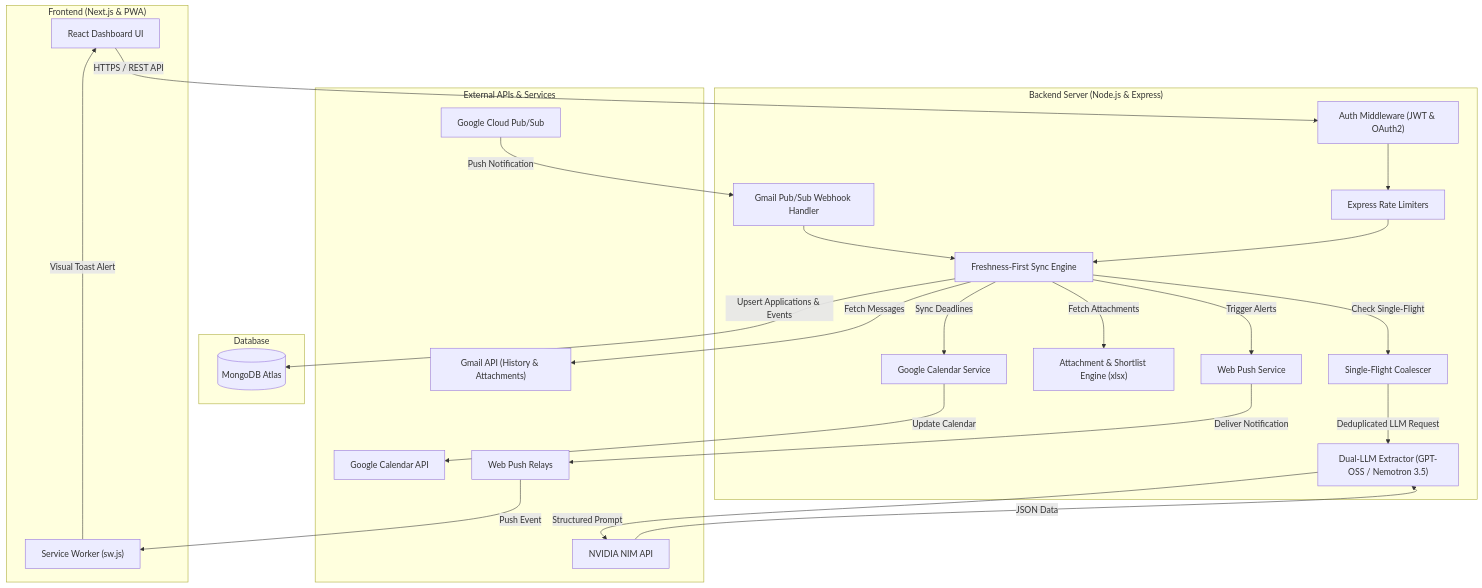
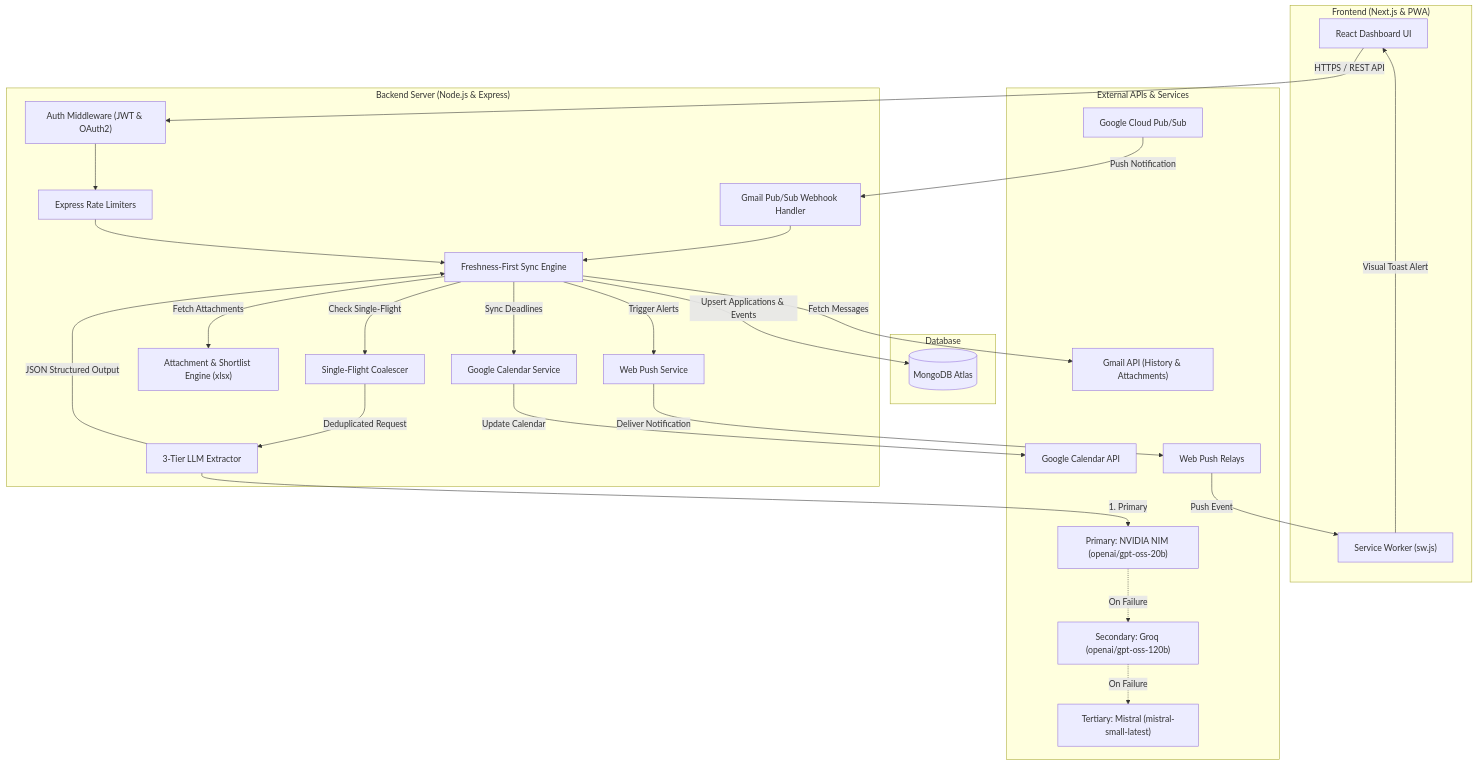
Before and after one commit to tejasholla23/email-tracker: the diagram in README.md, drawn with Mermaid. The commit also changed other lines of this file and 1 other file, not shown here.

````diff
--- a/README.md
+++ b/README.md
@@ -81,50 +82,54 @@
 ```mermaid
 flowchart TD
     subgraph Client["Frontend (Next.js & PWA)"]
         UI["React Dashboard UI"]
         SW["Service Worker (sw.js)"]
     end
 
     subgraph Server["Backend Server (Node.js & Express)"]
         AUTH["Auth Middleware (JWT & OAuth2)"]
         LIMIT["Express Rate Limiters"]
         PUBSUB["Gmail Pub/Sub Webhook Handler"]
         SYNC["Freshness-First Sync Engine"]
         SINGLEFLIGHT["Single-Flight Coalescer"]
-        PARSER["Dual-LLM Extractor (GPT-OSS / Nemotron 3.5)"]
+        PARSER["3-Tier LLM Extractor"]
         EXCEL["Attachment & Shortlist Engine (xlsx)"]
         CAL_SERVICE["Google Calendar Service"]
         PUSH_SERVICE["Web Push Service"]
     end
 
     subgraph DB["Database"]
         MONGO[("MongoDB Atlas")]
     end
 
     subgraph External["External APIs & Services"]
         GMAIL["Gmail API (History & Attachments)"]
         GCAL["Google Calendar API"]
-        NVIDIA["NVIDIA NIM API"]
+        NVIDIA["Primary: NVIDIA NIM (openai/gpt-oss-20b)"]
+        GROQ["Secondary: Groq (openai/gpt-oss-120b)"]
+        MISTRAL["Tertiary: Mistral (mistral-small-latest)"]
         WEBPUSH["Web Push Relays"]
         GCP_PUBSUB["Google Cloud Pub/Sub"]
     end
 
     GCP_PUBSUB -->|Push Notification| PUBSUB
     PUBSUB --> SYNC
     UI -->|HTTPS / REST API| AUTH
     AUTH --> LIMIT
     LIMIT --> SYNC
     SYNC -->|Fetch Messages| GMAIL
     SYNC -->|Check Single-Flight| SINGLEFLIGHT
-    SINGLEFLIGHT -->|Deduplicated LLM Request| PARSER
-    PARSER -->|Structured Prompt| NVIDIA
-    NVIDIA -->|JSON Data| PARSER
+    SINGLEFLIGHT -->|Deduplicated Request| PARSER
+    PARSER -->|1. Primary| NVIDIA
+    NVIDIA -.->|On Failure| GROQ
+    GROQ -.->|On Failure| MISTRAL
+    PARSER -->|JSON Structured Output| SYNC
     SYNC -->|Fetch Attachments| EXCEL
     SYNC -->|Upsert Applications & Events| MONGO
     SYNC -->|Sync Deadlines| CAL_SERVICE
     CAL_SERVICE -->|Update Calendar| GCAL
     SYNC -->|Trigger Alerts| PUSH_SERVICE
     PUSH_SERVICE -->|Deliver Notification| WEBPUSH
     WEBPUSH -->|Push Event| SW
     SW -->|Visual Toast Alert| UI
 ```
````
